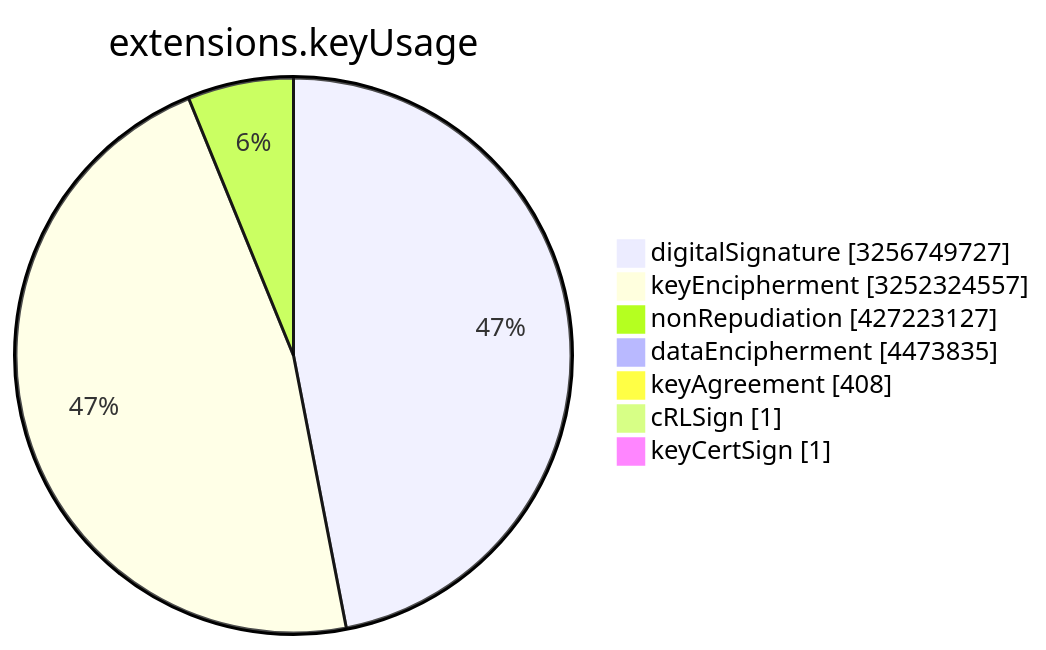
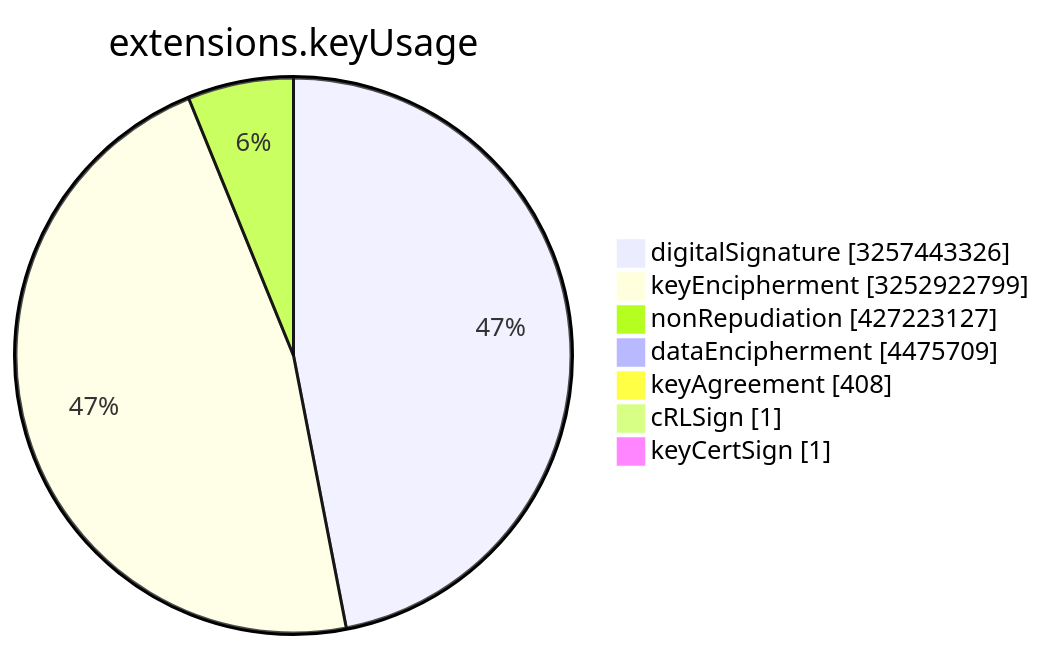
One commit to christiankrug/ctmonitor_visualization changed the sixth of 15 diagrams in TOTAL/README.md. Above: the diagram before and after it, drawn with Mermaid. The commit also changed other lines of this file, not shown here.

````diff
--- a/TOTAL/README.md
+++ b/TOTAL/README.md
@@ -3078,11 +3078,11 @@
 ```mermaid
 pie showData
 title extensions.keyUsage
-"digitalSignature" :3256749727
-"keyEncipherment" :3252324557
+"digitalSignature" :3257443326
+"keyEncipherment" :3252922799
 "nonRepudiation" :427223127
-"dataEncipherment" :4473835
+"dataEncipherment" :4475709
 "keyAgreement" :408
 "cRLSign" :1
 "keyCertSign" :1
 ```
````
